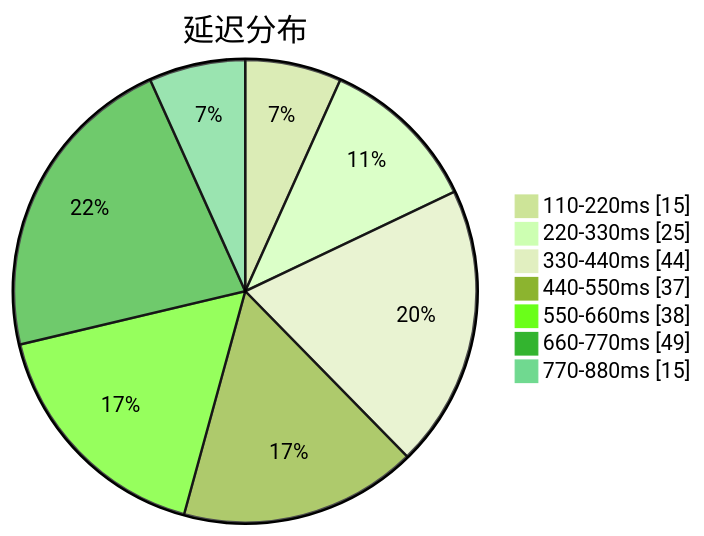
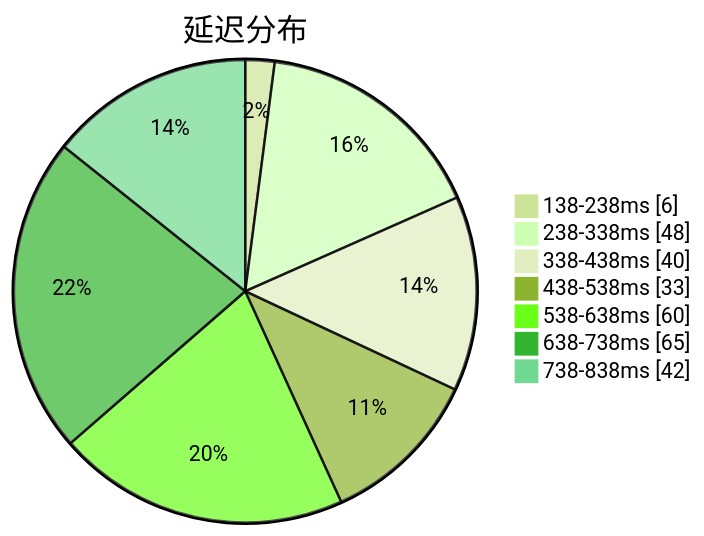
One commit to sinspired/airport changed the first of 3 diagrams in subs/statistics/tested_within.md. Above: the diagram before and after it, drawn with Mermaid (forest theme). The commit also changed other lines of this file and 2 other files, not shown here.

````diff
--- a/subs/statistics/tested_within.md
+++ b/subs/statistics/tested_within.md
@@ -2,11 +2,11 @@
 ```mermaid
 pie showData
 title 延迟分布
-"110-220ms" : 15
-"220-330ms" : 25
-"330-440ms" : 44
-"440-550ms" : 37
-"550-660ms" : 38
-"660-770ms" : 49
-"770-880ms" : 15
+"138-238ms" : 6
+"238-338ms" : 48
+"338-438ms" : 40
+"438-538ms" : 33
+"538-638ms" : 60
+"638-738ms" : 65
+"738-838ms" : 42
 ```
````
